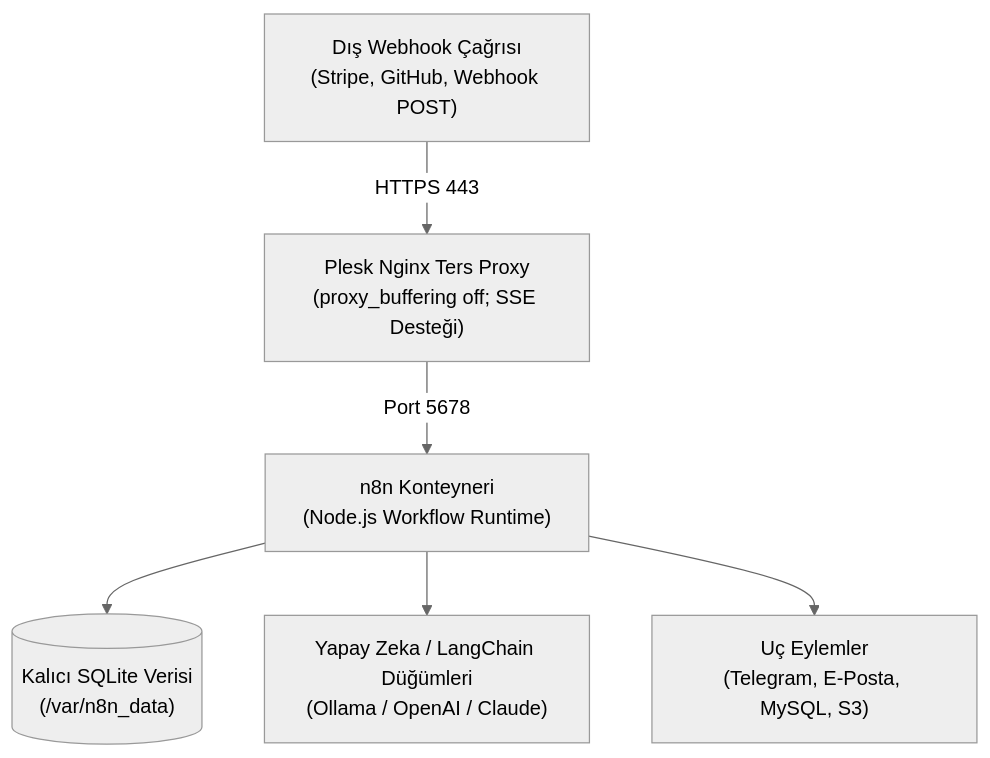
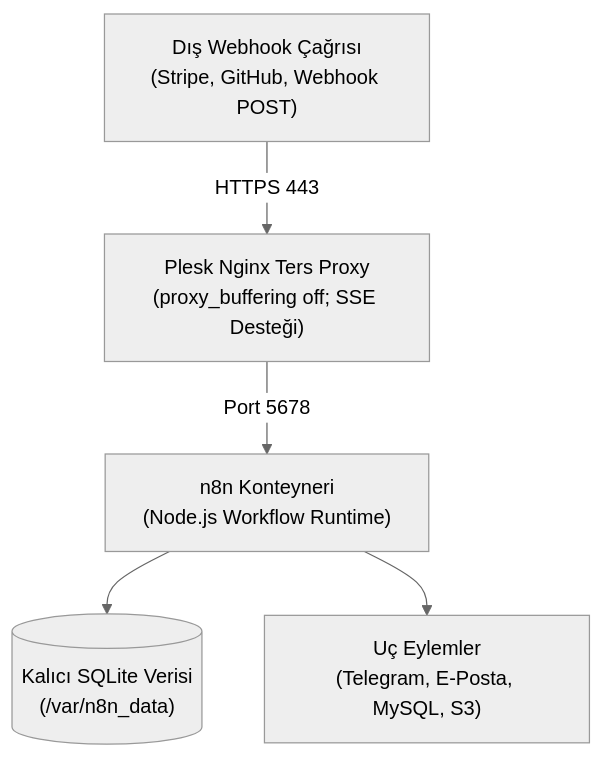
Before and after one commit to oaonuraksoy/oaonuraksoy: the second of 2 diagrams in src/content/broadcasts/tr/n8n-docker-plesk-kurulumu.md, drawn with Mermaid (neutral theme). The commit also changed other lines of this file and 1 other file, not shown here.

Commit message:
refactor(broadcasts): replace n8n hype with 2026 Rust & MCP autonomous agent architecture comparison (v1.11.1)

````diff
--- a/src/content/broadcasts/tr/n8n-docker-plesk-kurulumu.md
+++ b/src/content/broadcasts/tr/n8n-docker-plesk-kurulumu.md
@@ -56,8 +110,7 @@
 ```mermaid
 flowchart TD
     Webhook["Dış Webhook Çağrısı<br/>(Stripe, GitHub, Webhook POST)"] -->|HTTPS 443| Nginx["Plesk Nginx Ters Proxy<br/>(proxy_buffering off; SSE Desteği)"]
     Nginx -->|Port 5678| n8n["n8n Konteyneri<br/>(Node.js Workflow Runtime)"]
     n8n --> Storage[("Kalıcı SQLite Verisi<br/>(/var/n8n_data)")]
-    n8n --> LLM["Yapay Zeka / LangChain Düğümleri<br/>(Ollama / OpenAI / Claude)"]
     n8n --> Action["Uç Eylemler<br/>(Telegram, E-Posta, MySQL, S3)"]
 ```
````
